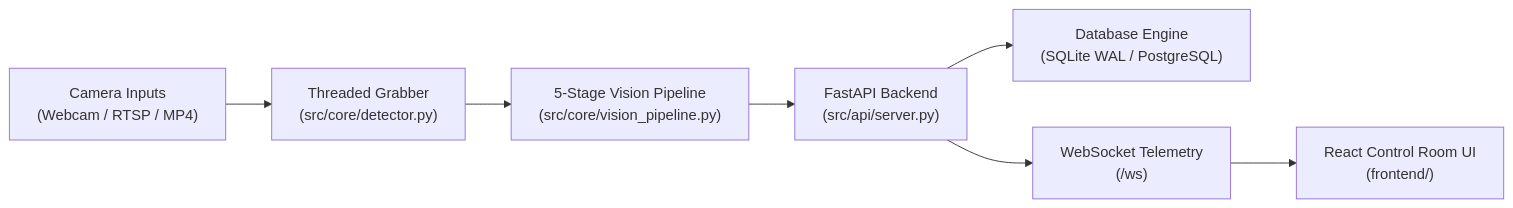
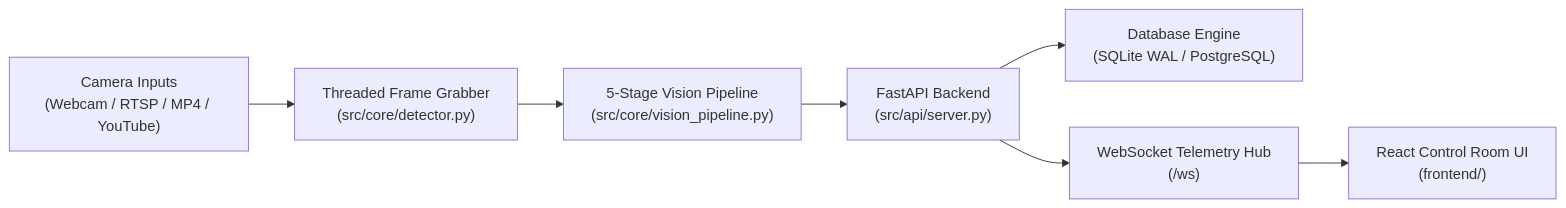
Before and after one commit to sowmiyan-s/PPE-Detection-and-Management-System: the diagram in README.md, drawn with Mermaid. The commit also changed other lines of this file and 16 other files, not shown here.

````diff
--- a/README.md
+++ b/README.md
@@ -54,9 +57,9 @@
 ```mermaid
 flowchart LR
-    A["Camera Inputs<br>(Webcam / RTSP / MP4)"] --> B["Threaded Grabber<br>(src/core/detector.py)"]
+    A["Camera Inputs<br>(Webcam / RTSP / MP4 / YouTube)"] --> B["Threaded Frame Grabber<br>(src/core/detector.py)"]
     B --> C["5-Stage Vision Pipeline<br>(src/core/vision_pipeline.py)"]
     C --> D["FastAPI Backend<br>(src/api/server.py)"]
     D --> E["Database Engine<br>(SQLite WAL / PostgreSQL)"]
-    D --> F["WebSocket Telemetry<br>(/ws)"]
+    D --> F["WebSocket Telemetry Hub<br>(/ws)"]
     F --> G["React Control Room UI<br>(frontend/)"]
 ```
````
